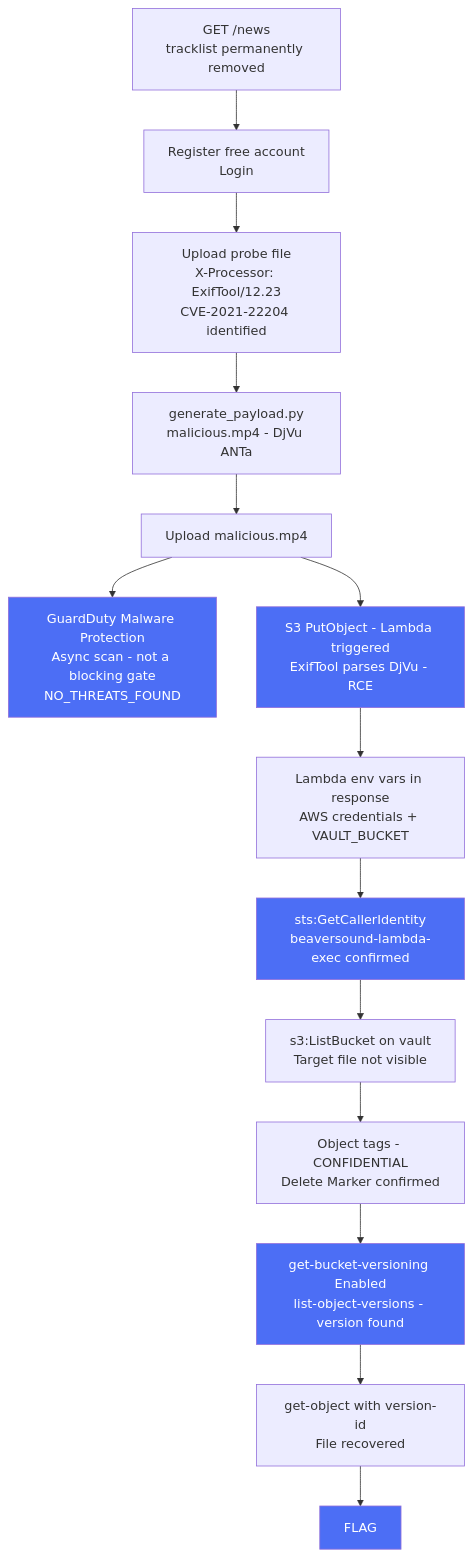
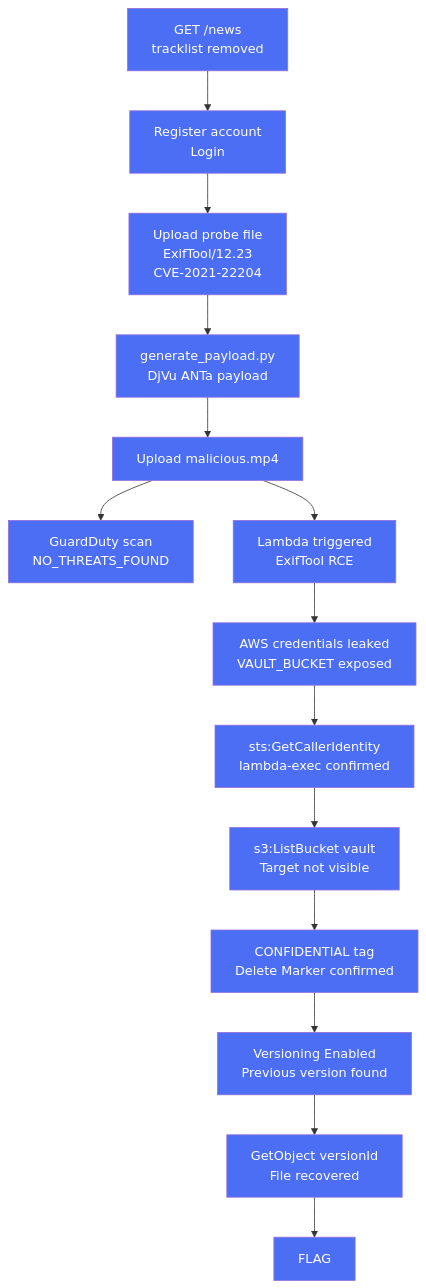
One commit to Beaver-Dam-Community/GnawLab changed the diagram in scenarios/aws/07-cve/hidden-track/README.md. Above: the diagram before and after it, drawn with Mermaid.

Commit message:
fix: shorten mermaid node text and unify all node colors

````diff
--- a/scenarios/aws/07-cve/hidden-track/README.md
+++ b/scenarios/aws/07-cve/hidden-track/README.md
@@ -72,22 +72,31 @@
 ```mermaid
 flowchart TB
-    A["GET /news<br/>tracklist permanently removed"] --> B["Register free account<br/>Login"]
-    B --> C["Upload probe file<br/>X-Processor: ExifTool/12.23<br/>CVE-2021-22204 identified"]
-    C --> D["generate_payload.py<br/>malicious.mp4 - DjVu ANTa"]
+    A["GET /news<br/>tracklist removed"] --> B["Register account<br/>Login"]
+    B --> C["Upload probe file<br/>ExifTool/12.23<br/>CVE-2021-22204"]
+    C --> D["generate_payload.py<br/>DjVu ANTa payload"]
     D --> E["Upload malicious.mp4"]
-    E --> F["GuardDuty Malware Protection<br/>Async scan - not a blocking gate<br/>NO_THREATS_FOUND"]
-    E --> G["S3 PutObject - Lambda triggered<br/>ExifTool parses DjVu - RCE"]
-    G --> H["Lambda env vars in response<br/>AWS credentials + VAULT_BUCKET"]
-    H --> I["sts:GetCallerIdentity<br/>beaversound-lambda-exec confirmed"]
-    I --> J["s3:ListBucket on vault<br/>Target file not visible"]
-    J --> K["Object tags - CONFIDENTIAL<br/>Delete Marker confirmed"]
-    K --> L["get-bucket-versioning Enabled<br/>list-object-versions - version found"]
-    L --> M["get-object with version-id<br/>File recovered"]
+    E --> F["GuardDuty scan<br/>NO_THREATS_FOUND"]
+    E --> G["Lambda triggered<br/>ExifTool RCE"]
+    G --> H["AWS credentials leaked<br/>VAULT_BUCKET exposed"]
+    H --> I["sts:GetCallerIdentity<br/>lambda-exec confirmed"]
+    I --> J["s3:ListBucket vault<br/>Target not visible"]
+    J --> K["CONFIDENTIAL tag<br/>Delete Marker confirmed"]
+    K --> L["Versioning Enabled<br/>Previous version found"]
+    L --> M["GetObject versionId<br/>File recovered"]
     M --> N["FLAG"]
 
+    style A fill:#4c6ef5,color:#fff
+    style B fill:#4c6ef5,color:#fff
+    style C fill:#4c6ef5,color:#fff
+    style D fill:#4c6ef5,color:#fff
+    style E fill:#4c6ef5,color:#fff
     style F fill:#4c6ef5,color:#fff
     style G fill:#4c6ef5,color:#fff
+    style H fill:#4c6ef5,color:#fff
     style I fill:#4c6ef5,color:#fff
+    style J fill:#4c6ef5,color:#fff
+    style K fill:#4c6ef5,color:#fff
     style L fill:#4c6ef5,color:#fff
+    style M fill:#4c6ef5,color:#fff
     style N fill:#4c6ef5,color:#fff
 ```
````
